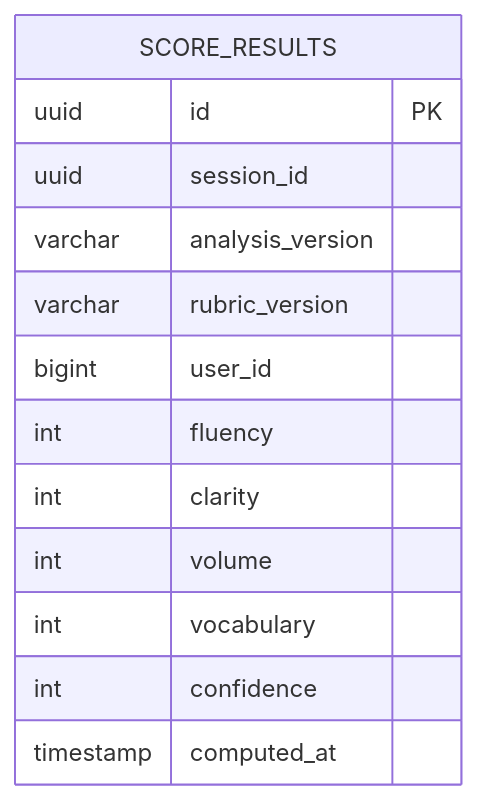
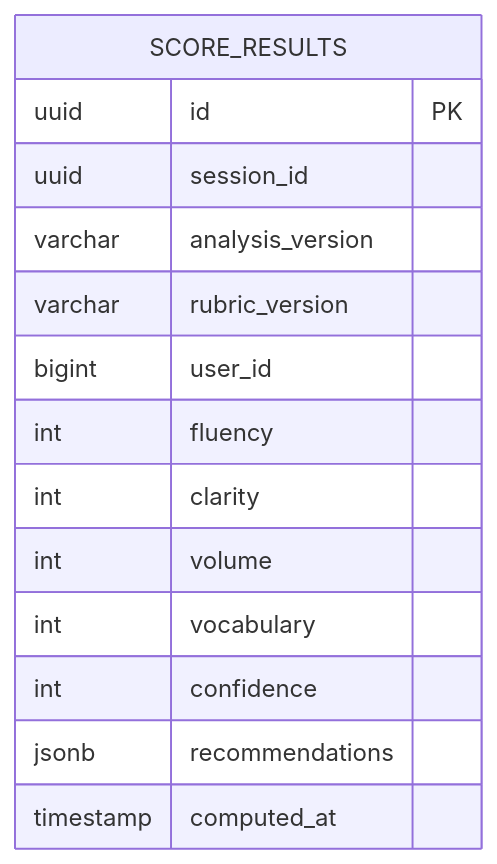
Before and after one commit to upc-pre-202620-si728-16365-thropic/talki-project-report: the diagram in assets/diagrams/tactical/03-scoring-feedback-database.mmd, drawn with Mermaid. The commit also changed 6 other files, not shown here.

```diff
--- a/assets/diagrams/tactical/03-scoring-feedback-database.mmd
+++ b/assets/diagrams/tactical/03-scoring-feedback-database.mmd
@@ -1,14 +1,16 @@
 erDiagram
+
     SCORE_RESULTS {
         uuid id PK
         uuid session_id
         varchar analysis_version
         varchar rubric_version
         bigint user_id
         int fluency
         int clarity
         int volume
         int vocabulary
         int confidence
+        jsonb recommendations
         timestamp computed_at
     }
```
